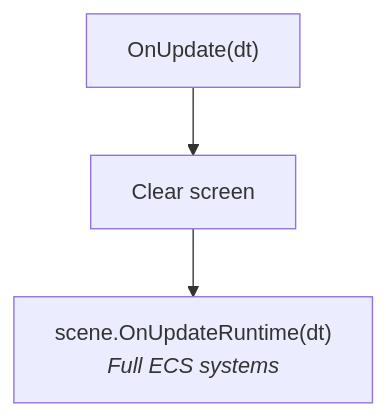
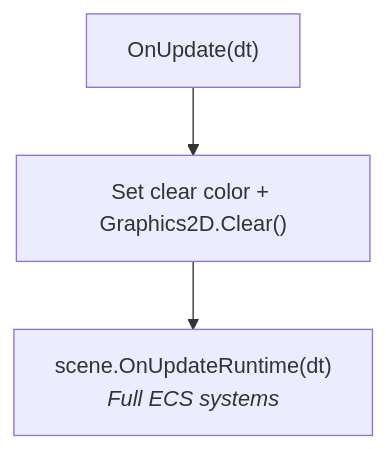
Before and after one commit to kateusz/GameEngine: the fifth of 6 diagrams in docs/architecture/game-loop.md, drawn with Mermaid. The commit also changed other lines of this file and 25 other files, not shown here.

````diff
--- a/docs/architecture/game-loop.md
+++ b/docs/architecture/game-loop.md
@@ -178,5 +199,5 @@
 ```mermaid
 graph TD
-    A["OnUpdate(dt)"] --> B["Clear screen"]
+    A["OnUpdate(dt)"] --> B["Set clear color + Graphics2D.Clear()"]
     B --> C["scene.OnUpdateRuntime(dt)<br/><i>Full ECS systems</i>"]
 ```
````
